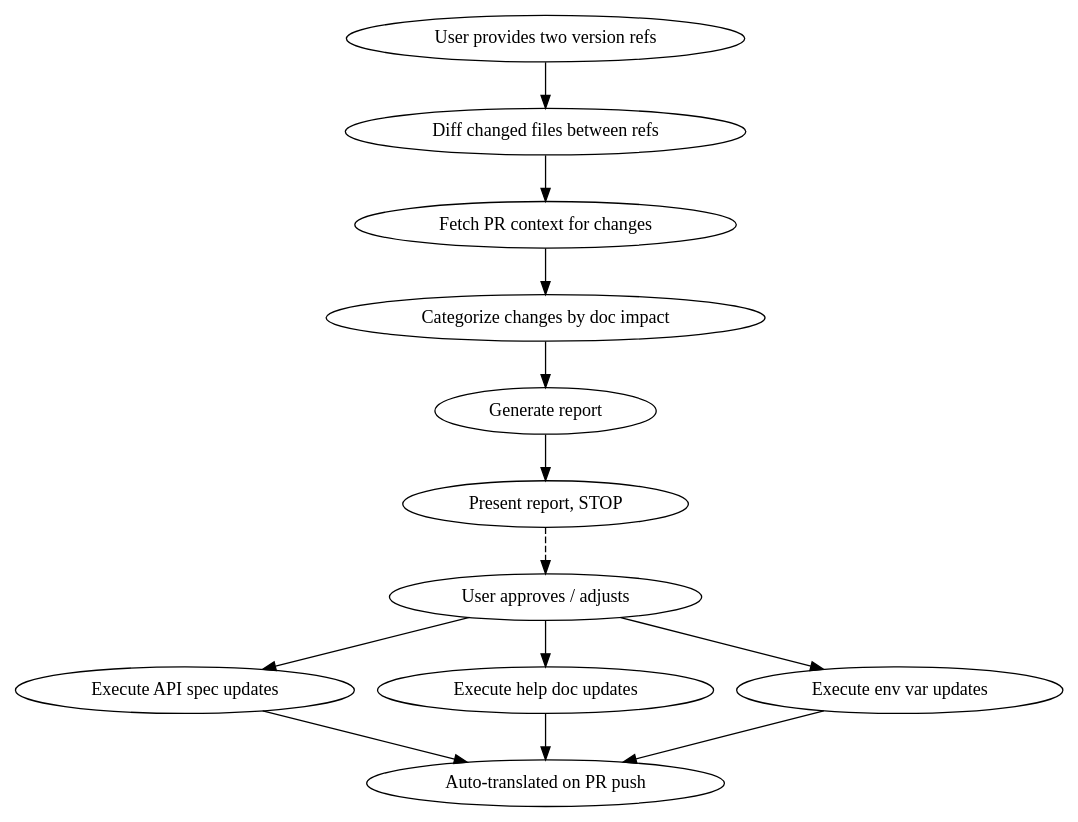
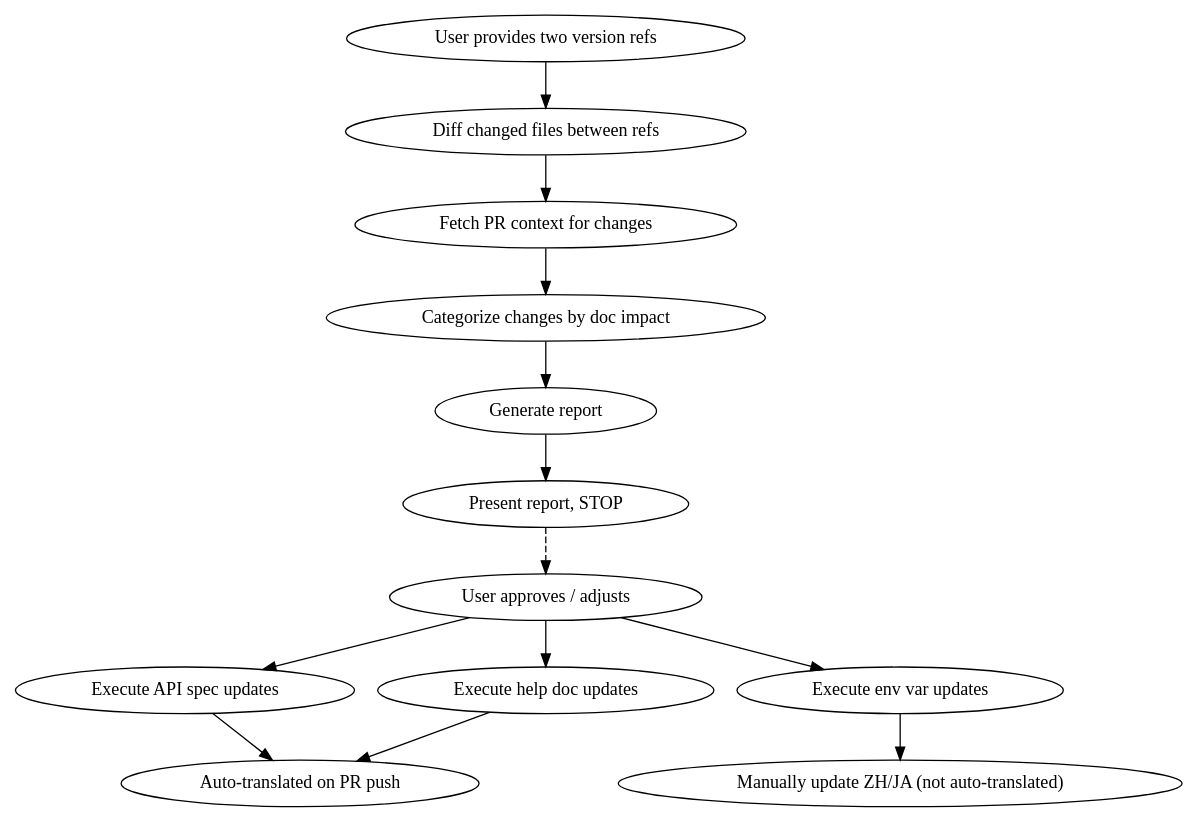
The diagram in .claude/skills/dify-docs-release-sync/SKILL.md (langgenius/dify-docs), drawn with Graphviz before and after one commit. The commit also changed other lines of this file and 4 other files, not shown here.

````diff
--- a/.claude/skills/dify-docs-release-sync/SKILL.md
+++ b/.claude/skills/dify-docs-release-sync/SKILL.md
@@ -22,17 +22,17 @@
 ```dot
 digraph {
   rankdir=TB;
   "User provides two version refs" -> "Diff changed files between refs";
   "Diff changed files between refs" -> "Fetch PR context for changes";
   "Fetch PR context for changes" -> "Categorize changes by doc impact";
   "Categorize changes by doc impact" -> "Generate report";
   "Generate report" -> "Present report, STOP";
   "Present report, STOP" -> "User approves / adjusts" [style=dashed];
   "User approves / adjusts" -> "Execute API spec updates";
   "User approves / adjusts" -> "Execute help doc updates";
   "User approves / adjusts" -> "Execute env var updates";
   "Execute API spec updates" -> "Auto-translated on PR push";
   "Execute help doc updates" -> "Auto-translated on PR push";
-  "Execute env var updates" -> "Auto-translated on PR push";
+  "Execute env var updates" -> "Manually update ZH/JA (not auto-translated)";
 }
 ```
````
